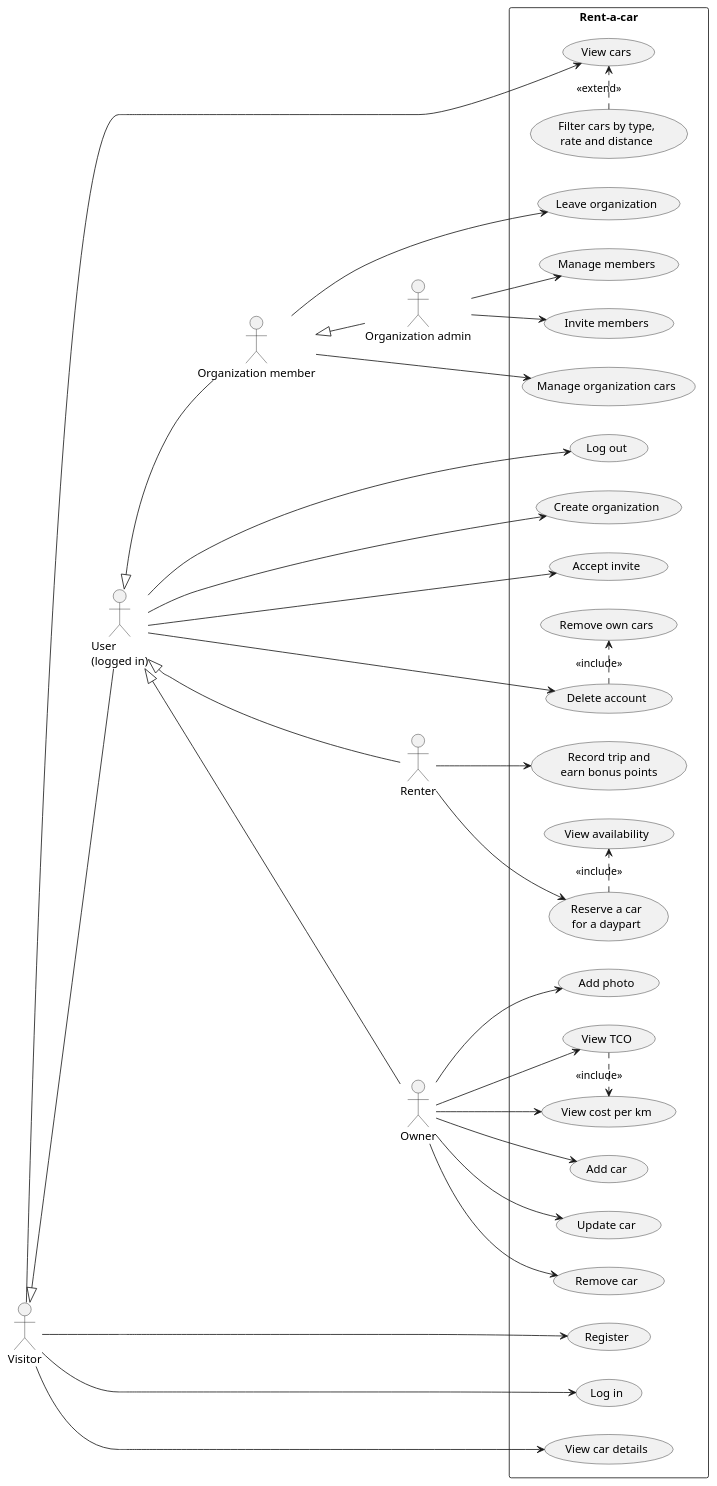
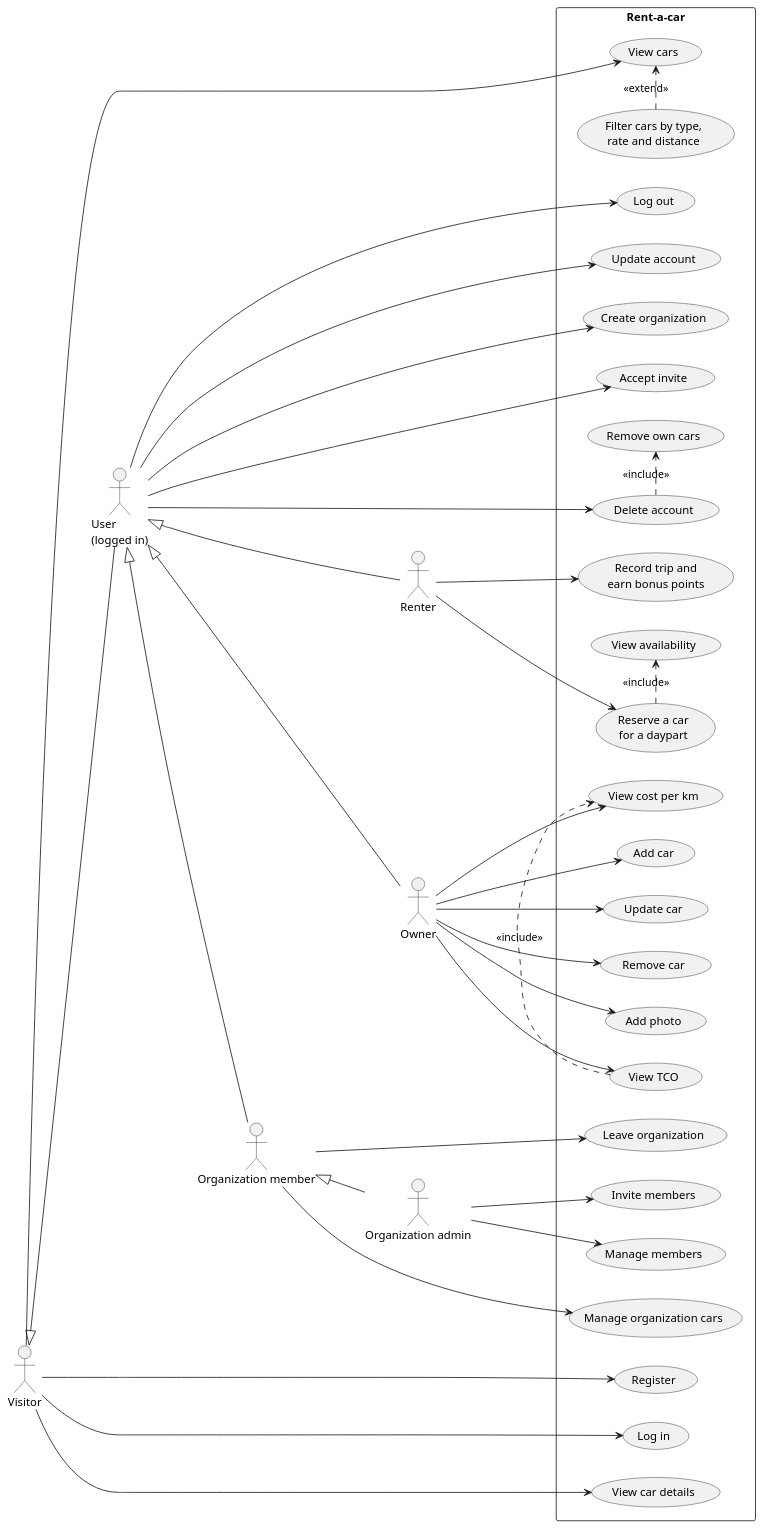
The diagram in docs/diagrams/use-cases.puml (Rent-a-car-38291/rent-a-car), drawn with PlantUML before and after one commit. The commit also changed 10 other files, not shown here.

```diff
--- a/docs/diagrams/use-cases.puml
+++ b/docs/diagrams/use-cases.puml
@@ -1,77 +1,79 @@
 @startuml
 ' Use cases from the GitHub issues. Organization use cases are extras.
 left to right direction
 
 actor Visitor
 actor "User\n(logged in)" as User
 actor Renter
 actor Owner
 actor "Organization member" as Member
 actor "Organization admin" as Admin
 
 Visitor <|-- User
 User <|-- Renter
 User <|-- Owner
 User <|-- Member
 Member <|-- Admin
 
 rectangle "Rent-a-car" {
   usecase "Register" as UC_Register
   usecase "Log in" as UC_Login
   usecase "View cars" as UC_ViewCars
   usecase "Filter cars by type,\nrate and distance" as UC_Filter
   usecase "View car details" as UC_Details
 
   usecase "Log out" as UC_Logout
+  usecase "Update account" as UC_UpdateAccount
   usecase "Delete account" as UC_DeleteAccount
   usecase "Remove own cars" as UC_RemoveOwnCars
   usecase "Create organization" as UC_CreateOrg
 
   usecase "Reserve a car\nfor a daypart" as UC_Reserve
   usecase "View availability" as UC_Availability
   usecase "Record trip and\nearn bonus points" as UC_Trip
 
   usecase "Add car" as UC_AddCar
   usecase "Update car" as UC_UpdateCar
   usecase "Remove car" as UC_RemoveCar
   usecase "Add photo" as UC_Photo
   usecase "View cost per km" as UC_CostPerKm
   usecase "View TCO" as UC_Tco
 
   usecase "Accept invite" as UC_Accept
   usecase "Manage organization cars" as UC_OrgCars
   usecase "Leave organization" as UC_Leave
   usecase "Invite members" as UC_Invite
   usecase "Manage members" as UC_Members
 }
 
 Visitor --> UC_Register
 Visitor --> UC_Login
 Visitor --> UC_ViewCars
 Visitor --> UC_Details
 UC_Filter .> UC_ViewCars : <<extend>>
 
 User --> UC_Logout
+User --> UC_UpdateAccount
 User --> UC_DeleteAccount
 User --> UC_CreateOrg
 User --> UC_Accept
 UC_DeleteAccount .> UC_RemoveOwnCars : <<include>>
 
 Renter --> UC_Reserve
 Renter --> UC_Trip
 UC_Reserve .> UC_Availability : <<include>>
 
 Owner --> UC_AddCar
 Owner --> UC_UpdateCar
 Owner --> UC_RemoveCar
 Owner --> UC_Photo
 Owner --> UC_CostPerKm
 Owner --> UC_Tco
 UC_Tco .> UC_CostPerKm : <<include>>
 
 Member --> UC_OrgCars
 Member --> UC_Leave
 Admin --> UC_Invite
 Admin --> UC_Members
 
 @enduml
```
